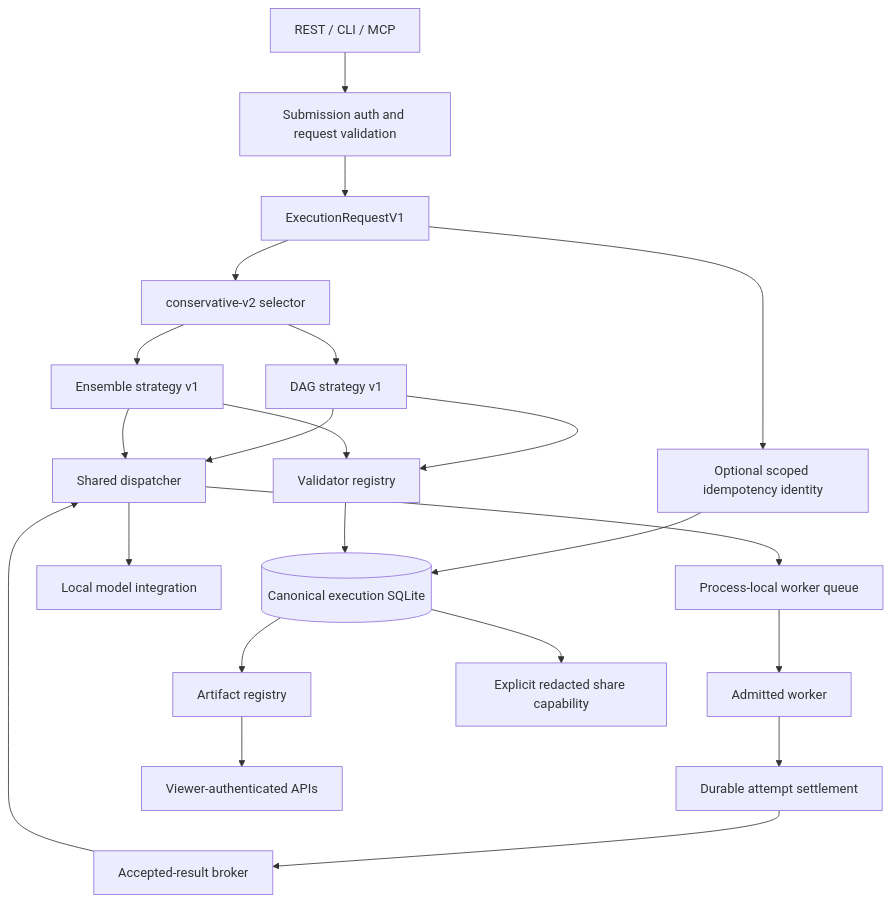
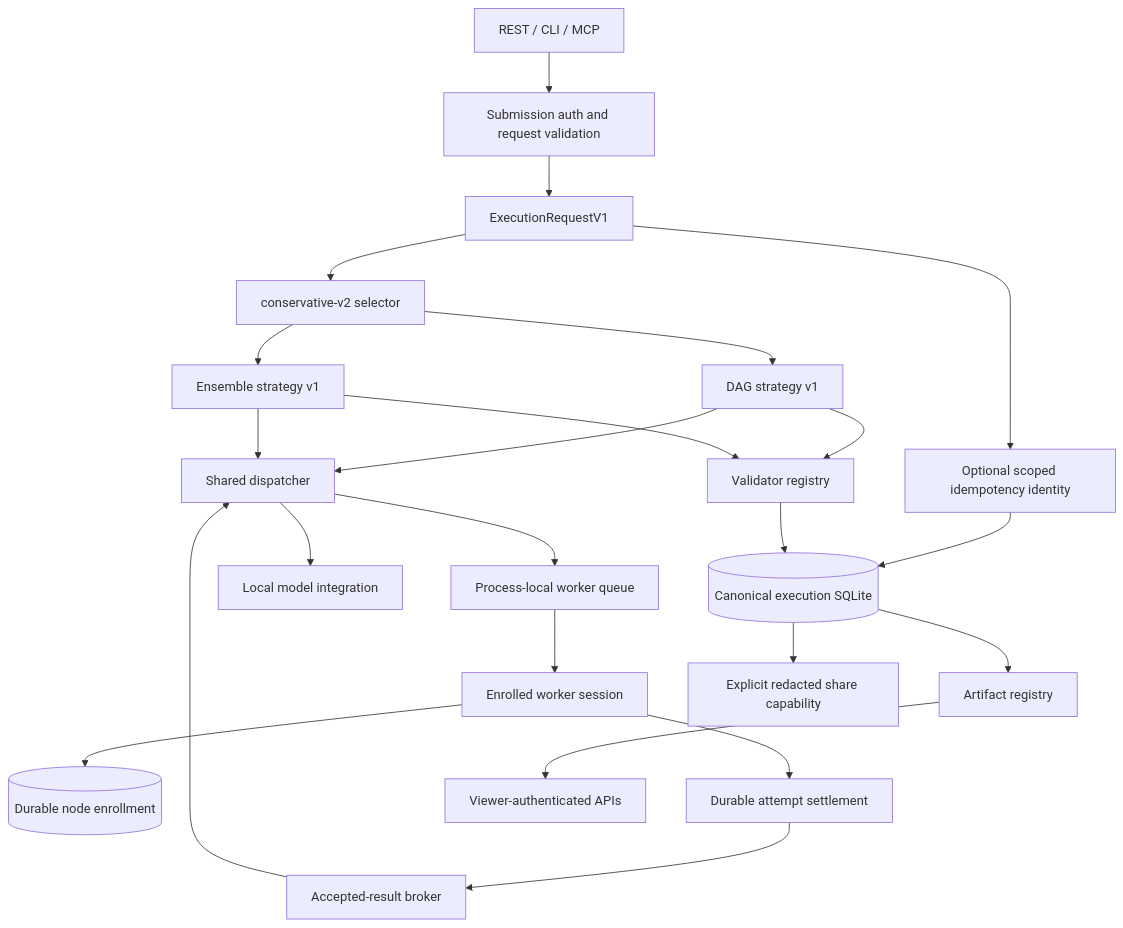
One commit to Jwrightsman/distributed-orchestrator changed the first of 9 diagrams in docs/ARCHITECTURE.md. Above: the diagram before and after it, drawn with Mermaid. The commit also changed other lines of this file and 16 other files, not shown here.

Commit message:
docs: define durable enrollment operations

````diff
--- a/docs/ARCHITECTURE.md
+++ b/docs/ARCHITECTURE.md
@@ -10,24 +10,25 @@
 ```mermaid
 flowchart TD
     C[REST / CLI / MCP] --> A[Submission auth and request validation]
     A --> R[ExecutionRequestV1]
     R --> I[Optional scoped idempotency identity]
     I --> P[(Canonical execution SQLite)]
     R --> S[conservative-v2 selector]
     S --> D[DAG strategy v1]
     S --> E[Ensemble strategy v1]
     D --> X[Shared dispatcher]
     E --> X
     X --> L[Local model integration]
     X --> Q[Process-local worker queue]
-    Q --> W[Admitted worker]
+    Q --> W[Enrolled worker session]
+    W --> N[(Durable node enrollment)]
     W --> T[Durable attempt settlement]
     T --> B[Accepted-result broker]
     B --> X
     D --> V[Validator registry]
     E --> V
     V --> P
     P --> F[Artifact registry]
     F --> G[Viewer-authenticated APIs]
     P --> H[Explicit redacted share capability]
 ```
````
